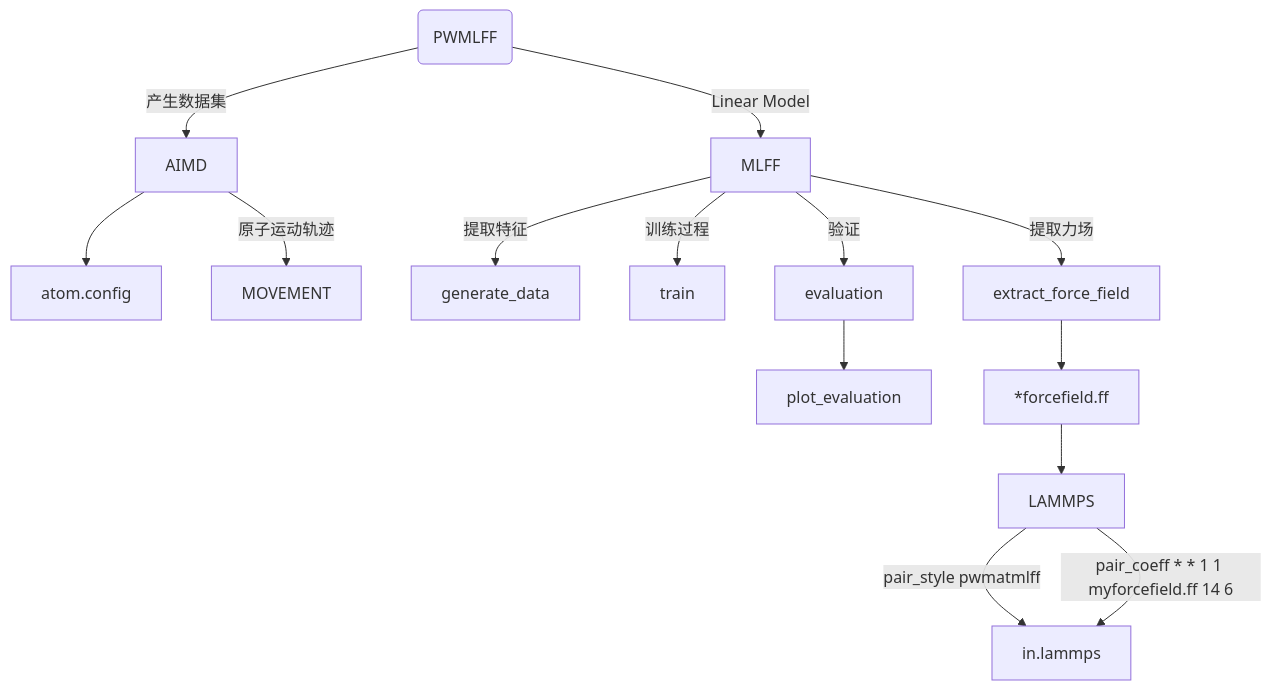
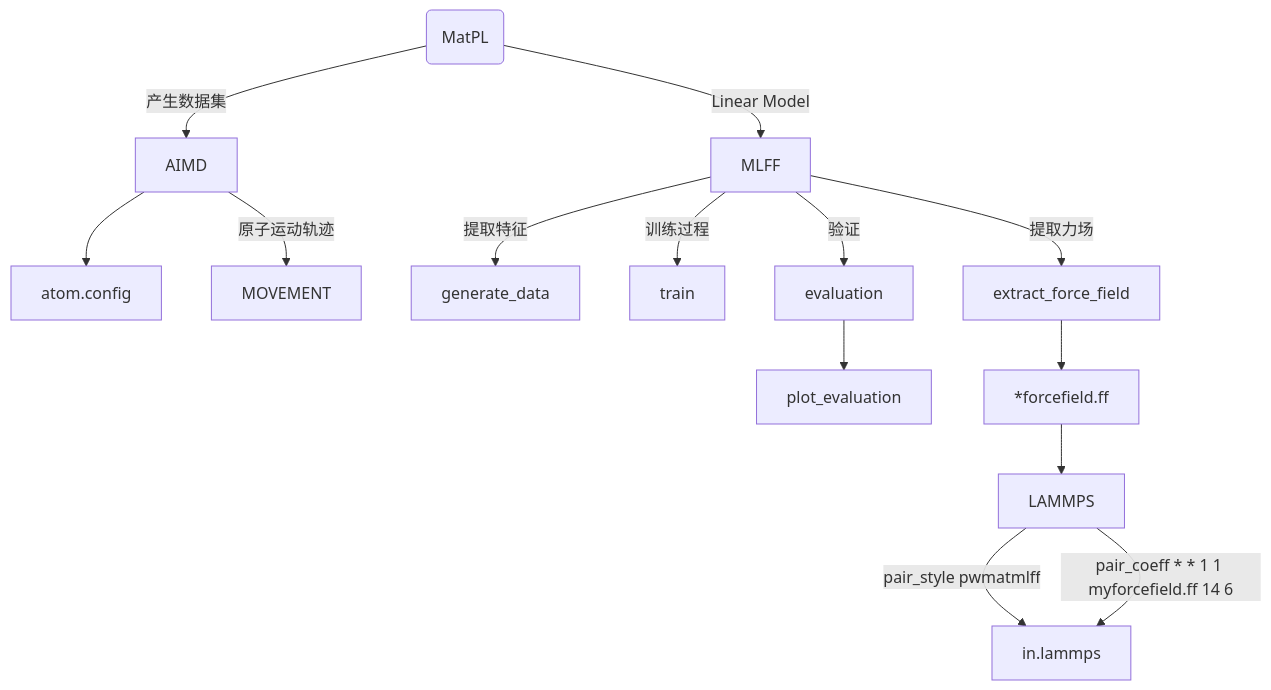
One commit to LonxunQuantum/PWmat-docs changed the diagram in docs/PWMLFF/models/linear/examples/Linear_SiC.md. Above: the diagram before and after it, drawn with Mermaid. The commit also changed other lines of this file and 41 other files, not shown here.

````diff
--- a/docs/PWMLFF/models/linear/examples/Linear_SiC.md
+++ b/docs/PWMLFF/models/linear/examples/Linear_SiC.md
@@ -7,16 +7,16 @@
 ```mermaid
 graph TD;
-    A(PWMLFF)-->|产生数据集|AIMD;
-    A(PWMLFF)-->|Linear Model|MLFF;
+    A(MatPL)-->|产生数据集|AIMD;
+    A(MatPL)-->|Linear Model|MLFF;
     AIMD-->atom.config;
     AIMD-->|原子运动轨迹|MOVEMENT;
     MLFF-->|提取特征|generate_data;
     MLFF-->|训练过程|train;
     MLFF-->|验证|evaluation;
     MLFF-->|提取力场|extract_force_field;
     evaluation-->plot_evaluation;
     extract_force_field-->*forcefield.ff;
     *forcefield.ff-->LAMMPS;
     LAMMPS-->|pair_style pwmatmlff|in.lammps;
     LAMMPS-->|pair_coeff * * 1 1 myforcefield.ff 14 6|in.lammps;
 ```
````
